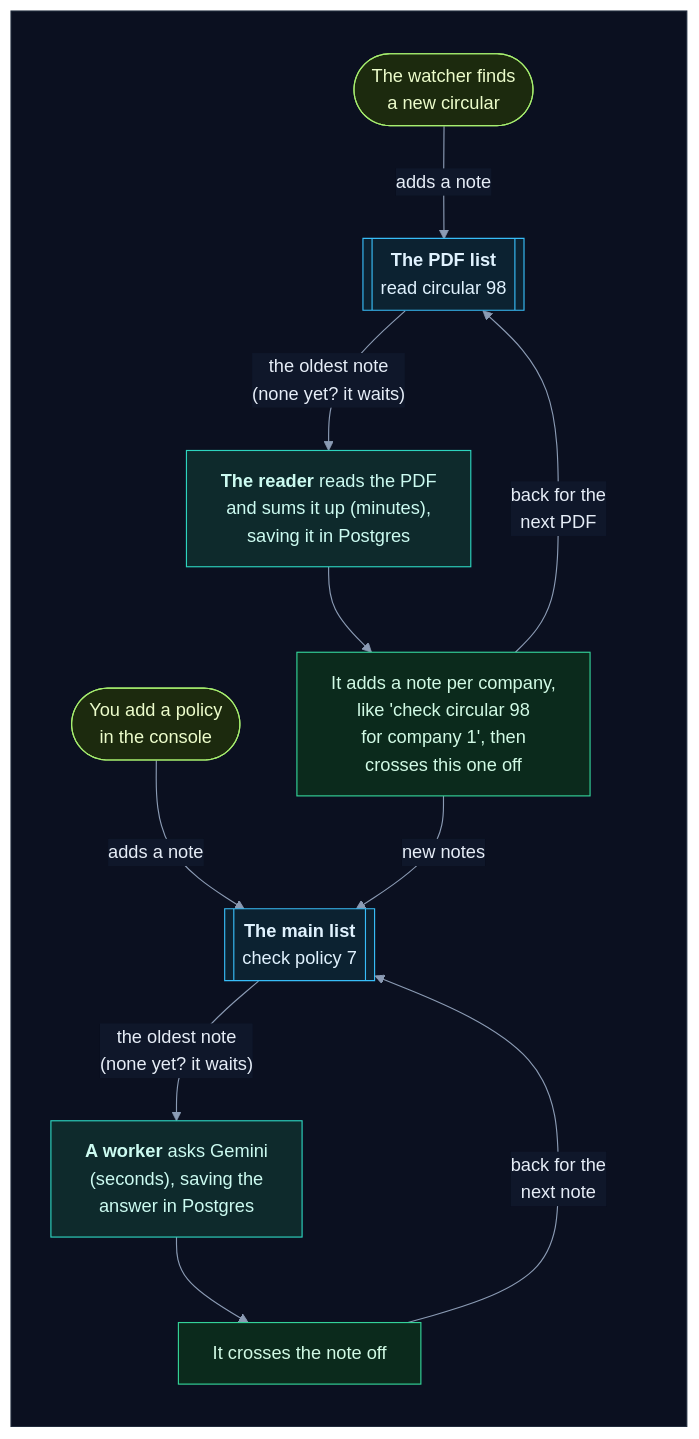
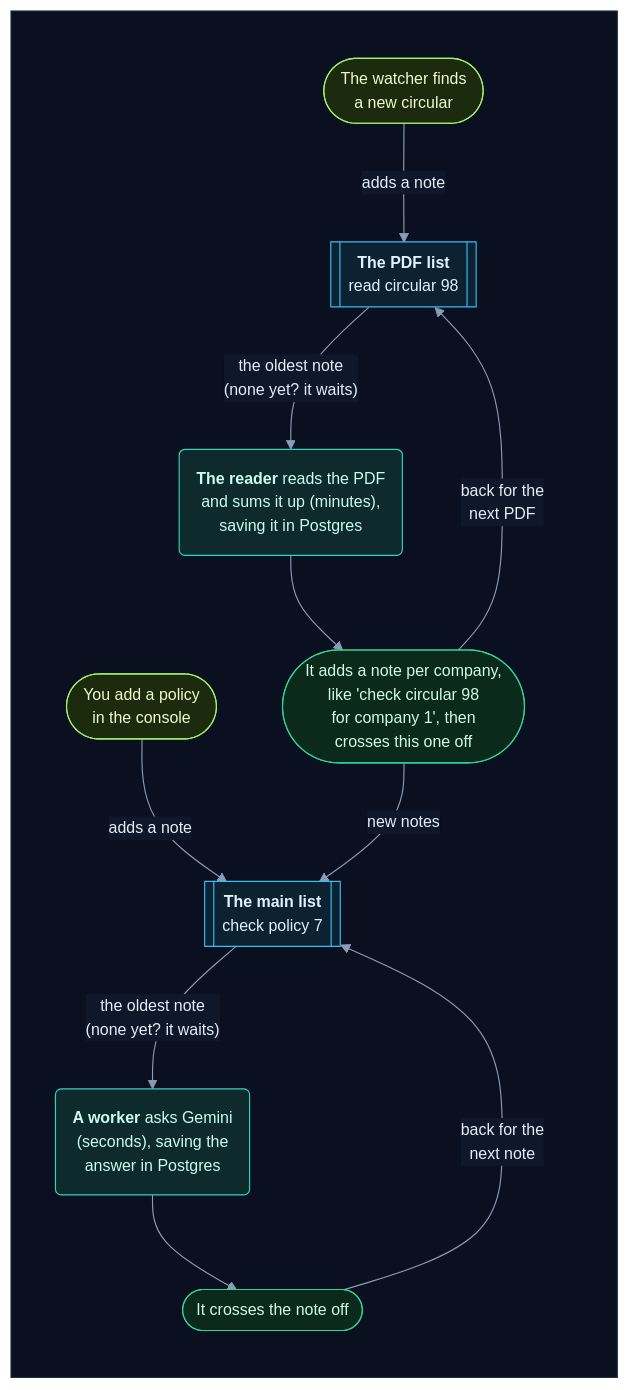
Before and after one commit to selvakumarperumal/Regulatory_Circular_Impact_Agent: the second of 45 diagrams in backend/worker/INTERNALS.md, drawn with Mermaid. The commit also changed other lines of this file and 5 other files, not shown here.

Commit message:
Give the docs' flowcharts a shape per kind of part, more room and slightly smaller text

````diff
--- a/backend/worker/INTERNALS.md
+++ b/backend/worker/INTERNALS.md
@@ -127,31 +127,31 @@
 ```mermaid
-%%{init: {"theme": "base", "flowchart": {"diagramPadding": 0}, "themeVariables": {"darkMode": true, "primaryColor": "#16213a", "primaryTextColor": "#e6edf7", "primaryBorderColor": "#475a7a", "lineColor": "#8b9bb4", "secondaryColor": "#1b2436", "tertiaryColor": "#101a2e", "edgeLabelBackground": "#0f172a", "textColor": "#e2e8f0", "clusterBkg": "#0f1728", "clusterBorder": "#2b3a55", "titleColor": "#c4b5fd", "nodeTextColor": "#e6edf7"}}}%%
+%%{init: {"theme": "base", "flowchart": {"diagramPadding": 0, "nodeSpacing": 58, "rankSpacing": 58, "curve": "basis"}, "themeVariables": {"fontSize": "14px", "darkMode": true, "primaryColor": "#16213a", "primaryTextColor": "#e6edf7", "primaryBorderColor": "#475a7a", "lineColor": "#8b9bb4", "secondaryColor": "#1b2436", "tertiaryColor": "#101a2e", "edgeLabelBackground": "#0f172a", "textColor": "#e2e8f0", "clusterBkg": "#0f1728", "clusterBorder": "#2b3a55", "titleColor": "#c4b5fd", "nodeTextColor": "#e6edf7"}}}%%
 flowchart TD
     subgraph canvas[" "]
         direction TB
         wt(["The watcher finds<br/>a new circular"]) -->|"adds a note"| P
         ap(["You add a policy<br/>in the console"]) -->|"adds a note"| M
         P[["<b>The PDF list</b><br/>read circular 98"]] -->|"the oldest note<br/>(none yet? it waits)"| r1
         M[["<b>The main list</b><br/>check policy 7"]] -->|"the oldest note<br/>(none yet? it waits)"| w1
-        r1["<b>The reader</b> reads the PDF<br/>and sums it up (minutes),<br/>saving it in Postgres"] --> r2["It adds a note per company,<br/>like 'check circular 98<br/>for company 1', then<br/>crosses this one off"]
+        r1("<b>The reader</b> reads the PDF<br/>and sums it up (minutes),<br/>saving it in Postgres") --> r2(["It adds a note per company,<br/>like 'check circular 98<br/>for company 1', then<br/>crosses this one off"])
         r2 -->|"new notes"| M
         r2 -->|"back for the<br/>next PDF"| P
-        w1["<b>A worker</b> asks Gemini<br/>(seconds), saving the<br/>answer in Postgres"] --> w2["It crosses the note off"]
+        w1("<b>A worker</b> asks Gemini<br/>(seconds), saving the<br/>answer in Postgres") --> w2(["It crosses the note off"])
         w2 -->|"back for the<br/>next note"| M
     end
     classDef svc fill:#0e2a2c,stroke:#2dd4bf,color:#ccfbf1
     classDef data fill:#1c1a47,stroke:#818cf8,color:#e0e7ff
     classDef ext fill:#2a1640,stroke:#c084fc,color:#f3e8ff
     classDef gpu fill:#2d1b0c,stroke:#fb923c,color:#ffedd5
     classDef ask fill:#2a2410,stroke:#fbbf24,color:#fef3c7
     classDef ok fill:#0b2a1c,stroke:#34d399,color:#d1fae5
     classDef bad fill:#2e0f17,stroke:#fb7185,color:#ffe4e6
     classDef start fill:#1c2a0e,stroke:#a7ef6f,color:#ecfccb
     classDef muted fill:#1a2130,stroke:#64748b,color:#cbd5e1
     classDef queue fill:#0c2231,stroke:#38bdf8,color:#e0f2fe
     class wt,ap start
     class P,M queue
     class r1,w1 svc
     class r2,w2 ok
     style canvas fill:#0b1020,stroke:#1e293b,color:#0b1020
 ```
````
